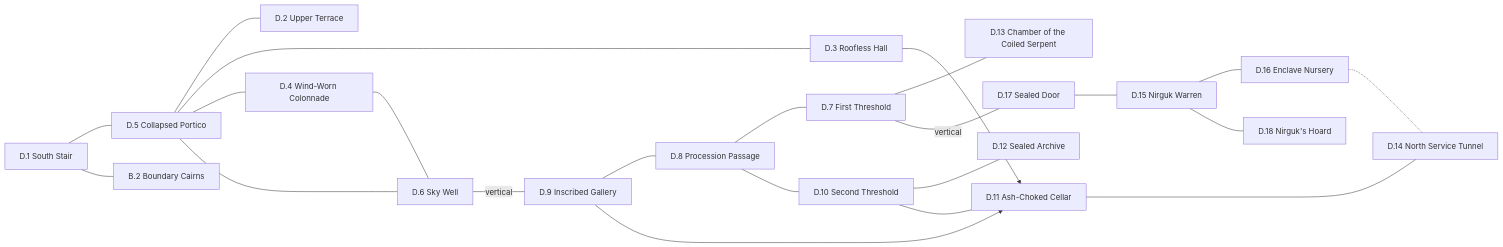
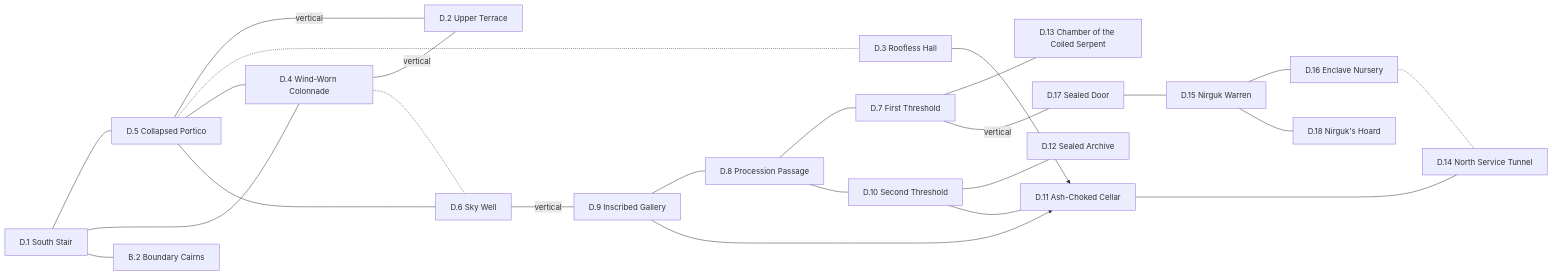
One commit to rstevenson1237/setting_builder changed the diagram in setting/region/D/Ziggurat.mmd. Above: the diagram before and after it, drawn with Mermaid. The commit also changed 59 other files, not shown here.

````diff
--- a/setting/region/D/Ziggurat.mmd
+++ b/setting/region/D/Ziggurat.mmd
@@ -7,25 +7,27 @@
 ```mermaid
 graph LR
     D1["D.1 South Stair"] --- D5["D.5 Collapsed Portico"]
-    D5 --- D2["D.2 Upper Terrace"]
-    D5 --- D3["D.3 Roofless Hall"]
+    D5 ---|vertical| D2["D.2 Upper Terrace"]
+    D5 -.- D3["D.3 Roofless Hall"]
     D5 --- D4["D.4 Wind-Worn Colonnade"]
+    D1 --- D4
+    D4 ---|vertical| D2
     D5 --- D6["D.6 Sky Well"]
-    D4 --- D6
+    D4 -.- D6
     D6 ---|vertical| D9["D.9 Inscribed Gallery"]
     D9 --- D8["D.8 Procession Passage"]
     D8 --- D7["D.7 First Threshold"]
     D8 --- D10["D.10 Second Threshold"]
     D7 --- D13["D.13 Chamber of the Coiled Serpent"]
     D7 ---|vertical| D17["D.17 Sealed Door"]
     D10 --- D12["D.12 Sealed Archive"]
     D10 --- D11["D.11 Ash-Choked Cellar"]
     D11 --- D14["D.14 North Service Tunnel"]
     D9 --> D11
     D3 --> D11
     D17 --- D15["D.15 Nirguk Warren"]
     D15 --- D16["D.16 Enclave Nursery"]
     D15 --- D18["D.18 Nirguk's Hoard"]
     D16 -.- D14
     D1 --- B2["B.2 Boundary Cairns"]
 ```
````
